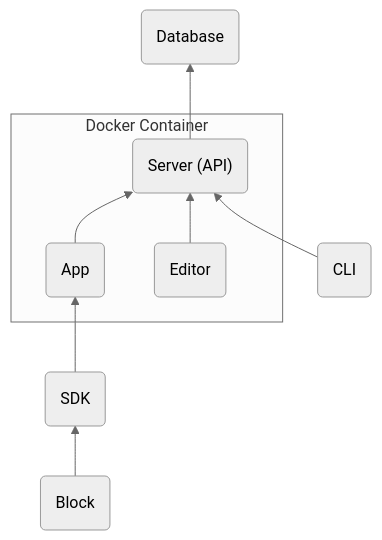
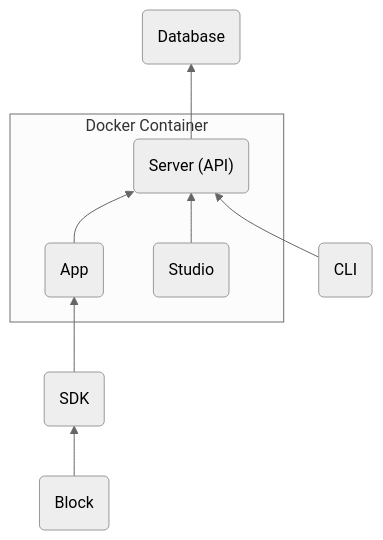
One commit to appsemble/appsemble changed the diagram in docs/images/architecture.mmd. Above: the diagram before and after it, drawn with Mermaid (neutral theme). The commit also changed 154 other files, not shown here.

Commit message:
rename “@appsemble/editor” to “@appsemble/studio”

```diff
--- a/docs/images/architecture.mmd
+++ b/docs/images/architecture.mmd
@@ -1,11 +1,11 @@
 graph BT
   subgraph Docker Container
     A("Server (API)")
     C(App) --> A
-    D(Editor) --> A
+    D(Studio) --> A
   end
   B(Database)
   A --> B
   E(CLI) --> A
   F(SDK) --> C
   G(Block) --> F
```
